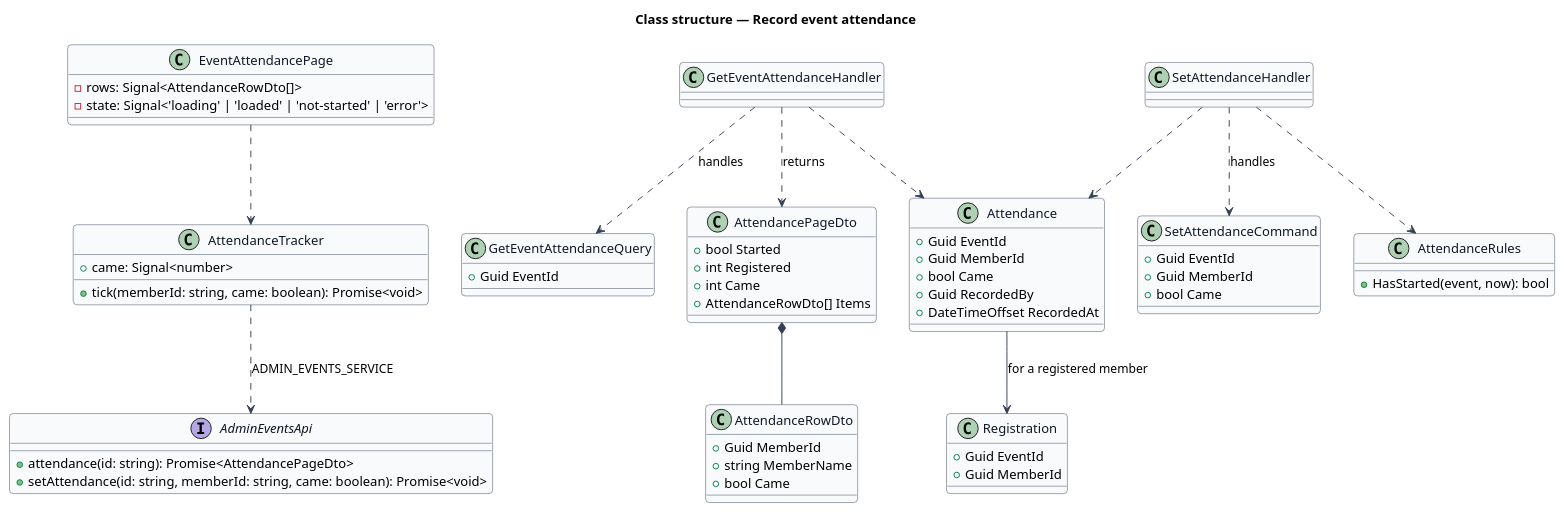
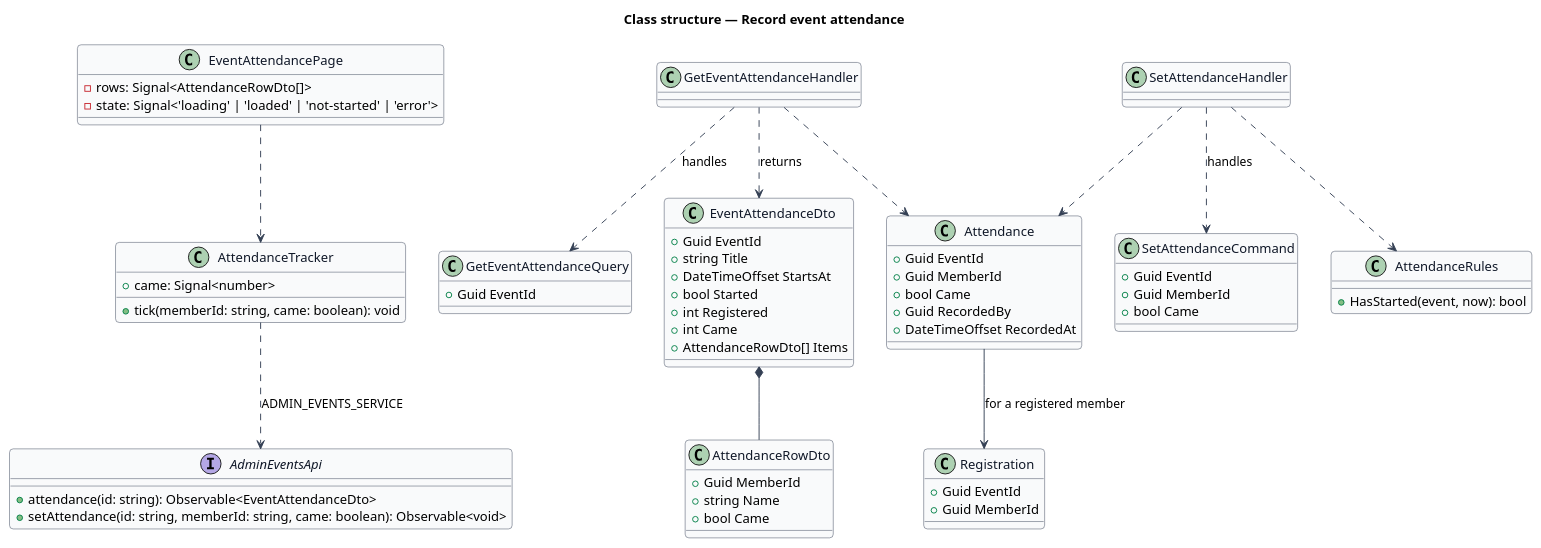
The diagram in docs/detailed-designs/admin-events/record-attendance/diagrams/class.puml (QuinntyneBrown/christian-fitness), drawn with PlantUML before and after one commit. The commit also changed 11 other files, not shown here.

```diff
--- a/docs/detailed-designs/admin-events/record-attendance/diagrams/class.puml
+++ b/docs/detailed-designs/admin-events/record-attendance/diagrams/class.puml
@@ -1,72 +1,75 @@
 @startuml
 skinparam backgroundColor #FFFFFF
 skinparam shadowing false
 skinparam roundcorner 8
 skinparam defaultFontName Arial
 skinparam ArrowColor #344054
 skinparam class {
   BorderColor #344054
   FontColor #101828
   BackgroundColor #F9FAFB
 }
 title Class structure — Record event attendance
 
 class EventAttendancePage {
   -rows: Signal<AttendanceRowDto[]>
   -state: Signal<'loading' | 'loaded' | 'not-started' | 'error'>
 }
 class AttendanceTracker {
-  +tick(memberId: string, came: boolean): Promise<void>
+  +tick(memberId: string, came: boolean): void
   +came: Signal<number>
 }
 interface AdminEventsApi {
-  +attendance(id: string): Promise<AttendancePageDto>
-  +setAttendance(id: string, memberId: string, came: boolean): Promise<void>
+  +attendance(id: string): Observable<EventAttendanceDto>
+  +setAttendance(id: string, memberId: string, came: boolean): Observable<void>
 }
 class GetEventAttendanceQuery {
   +Guid EventId
 }
 class SetAttendanceCommand {
   +Guid EventId
   +Guid MemberId
   +bool Came
 }
 class GetEventAttendanceHandler
 class SetAttendanceHandler
 class AttendanceRules {
   +HasStarted(event, now): bool
 }
-class AttendancePageDto {
+class EventAttendanceDto {
+  +Guid EventId
+  +string Title
+  +DateTimeOffset StartsAt
   +bool Started
   +int Registered
   +int Came
   +AttendanceRowDto[] Items
 }
 class AttendanceRowDto {
   +Guid MemberId
-  +string MemberName
+  +string Name
   +bool Came
 }
 class Attendance {
   +Guid EventId
   +Guid MemberId
   +bool Came
   +Guid RecordedBy
   +DateTimeOffset RecordedAt
 }
 class Registration {
   +Guid EventId
   +Guid MemberId
 }
 
 EventAttendancePage ..> AttendanceTracker
 AttendanceTracker ..> AdminEventsApi : ADMIN_EVENTS_SERVICE
 GetEventAttendanceHandler ..> GetEventAttendanceQuery : handles
 SetAttendanceHandler ..> SetAttendanceCommand : handles
 SetAttendanceHandler ..> AttendanceRules
-GetEventAttendanceHandler ..> AttendancePageDto : returns
-AttendancePageDto *-- AttendanceRowDto
+GetEventAttendanceHandler ..> EventAttendanceDto : returns
+EventAttendanceDto *-- AttendanceRowDto
 Attendance --> Registration : for a registered member
 SetAttendanceHandler ..> Attendance
 GetEventAttendanceHandler ..> Attendance
 @enduml
```
